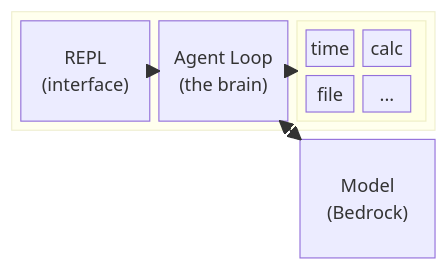
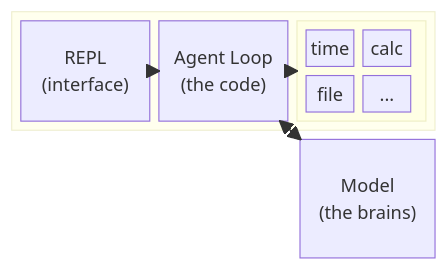
One commit to kenkitts/Blog changed the second of 5 diagrams in content/posts/bedrock-agent-harness-part-01/index.md. Above: the diagram before and after it, drawn with Mermaid. The commit also changed other lines of this file, not shown here.

````diff
--- a/content/posts/bedrock-agent-harness-part-01/index.md
+++ b/content/posts/bedrock-agent-harness-part-01/index.md
@@ -57,24 +57,24 @@
 ```mermaid
 block-beta
     columns 3
     block:harness:3
         columns 3
         A["REPL\n(interface)"]:1
-        B["Agent Loop\n(the brain)"]:1
+        B["Agent Loop\n(the code)"]:1
         block:tools:1
             columns 2
             C["time"]
             D["calc"]
             E["file"]
             F["..."]
         end
     end
     space:2
-    G["Model\n(Bedrock)"]:1
+    G["Model\n(the brains)"]:1
     space:1
 
     A --> B
     B --> G
     G --> B
     B --> tools
 ```
````
